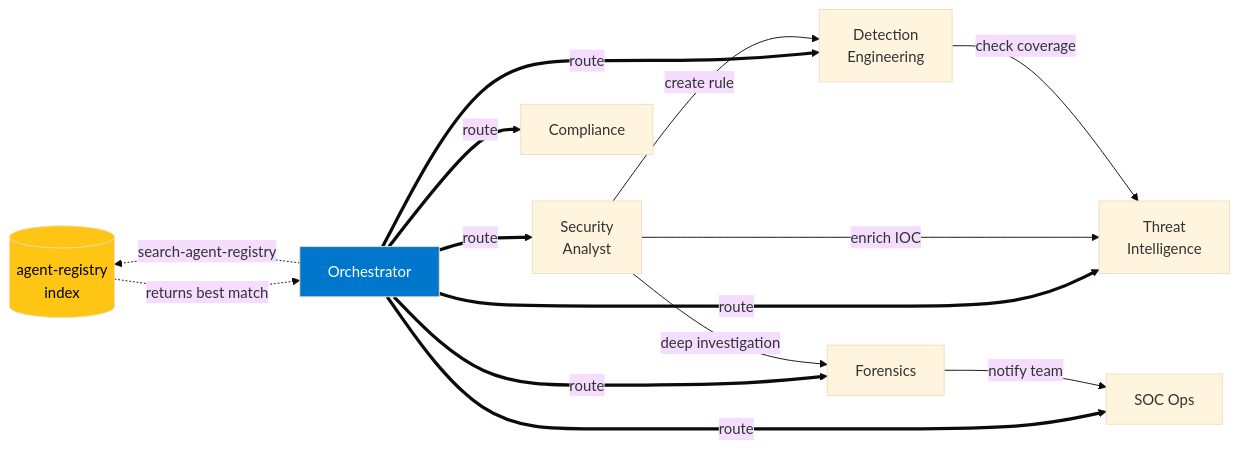
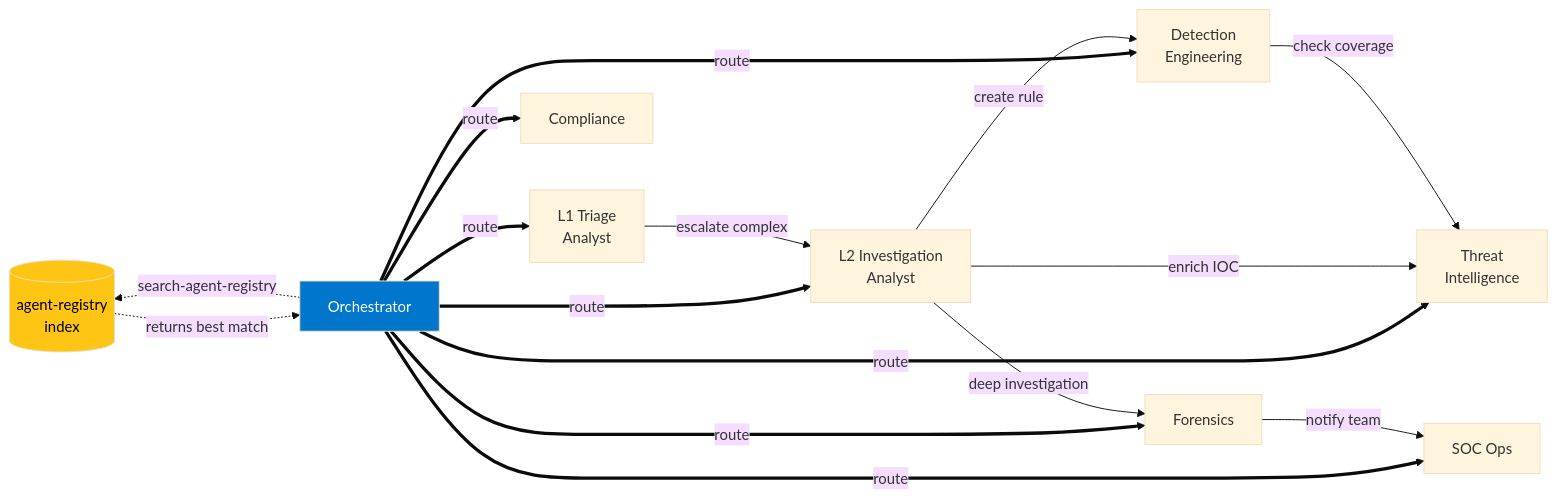
One commit to one3qualsone/elastic-security-agent-mesh changed the second of 11 diagrams in docs/architecture-diagrams.md. Above: the diagram before and after it, drawn with Mermaid (base theme). The commit also changed other lines of this file and 11 other files, not shown here.

First line of the commit message:
Split Security Analyst into L1 Triage + L2 Investigation agents

````diff
--- a/docs/architecture-diagrams.md
+++ b/docs/architecture-diagrams.md
@@ -96,31 +98,34 @@
 ```mermaid
 graph LR
     REG[(agent-registry<br/>index)]
 
     ORCH[Orchestrator]
     DE[Detection<br/>Engineering]
     TI[Threat<br/>Intelligence]
-    SA[Security<br/>Analyst]
+    L1[L1 Triage<br/>Analyst]
+    L2[L2 Investigation<br/>Analyst]
     FO[Forensics]
     CO[Compliance]
     SO[SOC Ops]
 
     ORCH -.->|search-agent-registry| REG
     REG -.->|returns best match| ORCH
 
     ORCH ==>|route| DE
     ORCH ==>|route| TI
-    ORCH ==>|route| SA
+    ORCH ==>|route| L1
+    ORCH ==>|route| L2
     ORCH ==>|route| FO
     ORCH ==>|route| CO
     ORCH ==>|route| SO
 
-    SA -->|"enrich IOC"| TI
-    SA -->|"deep investigation"| FO
-    SA -->|"create rule"| DE
+    L1 -->|"escalate complex"| L2
+    L2 -->|"enrich IOC"| TI
+    L2 -->|"deep investigation"| FO
+    L2 -->|"create rule"| DE
     DE -->|"check coverage"| TI
     FO -->|"notify team"| SO
 
     style REG fill:#FEC514,color:#000
     style ORCH fill:#0077CC,color:#fff
 ```
````
